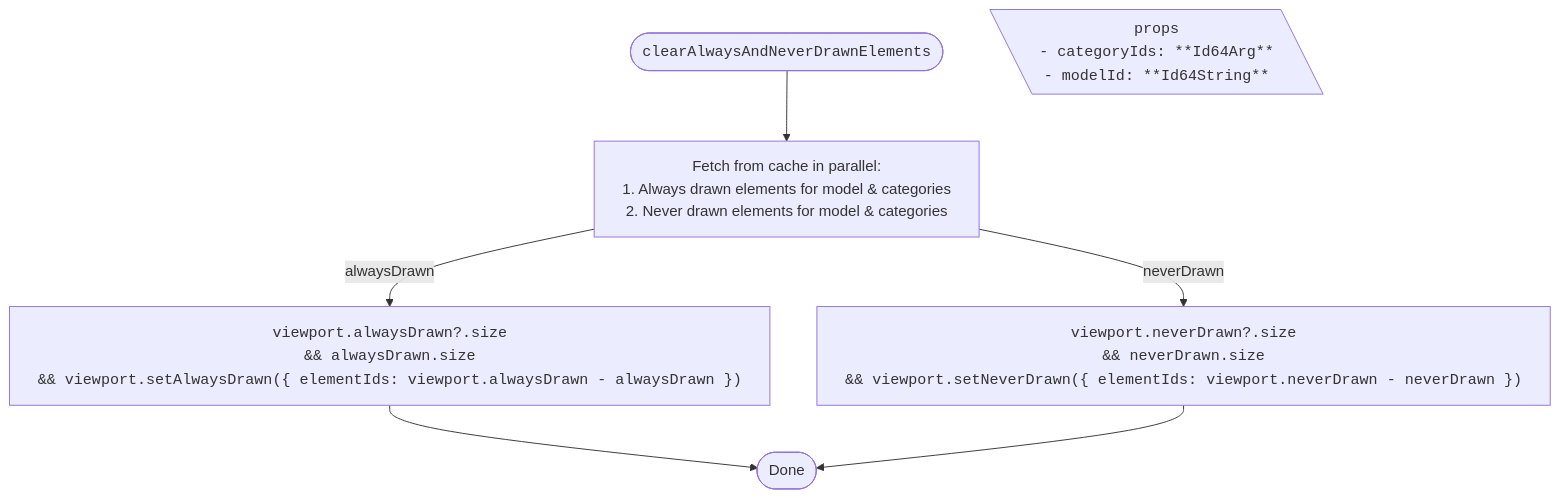
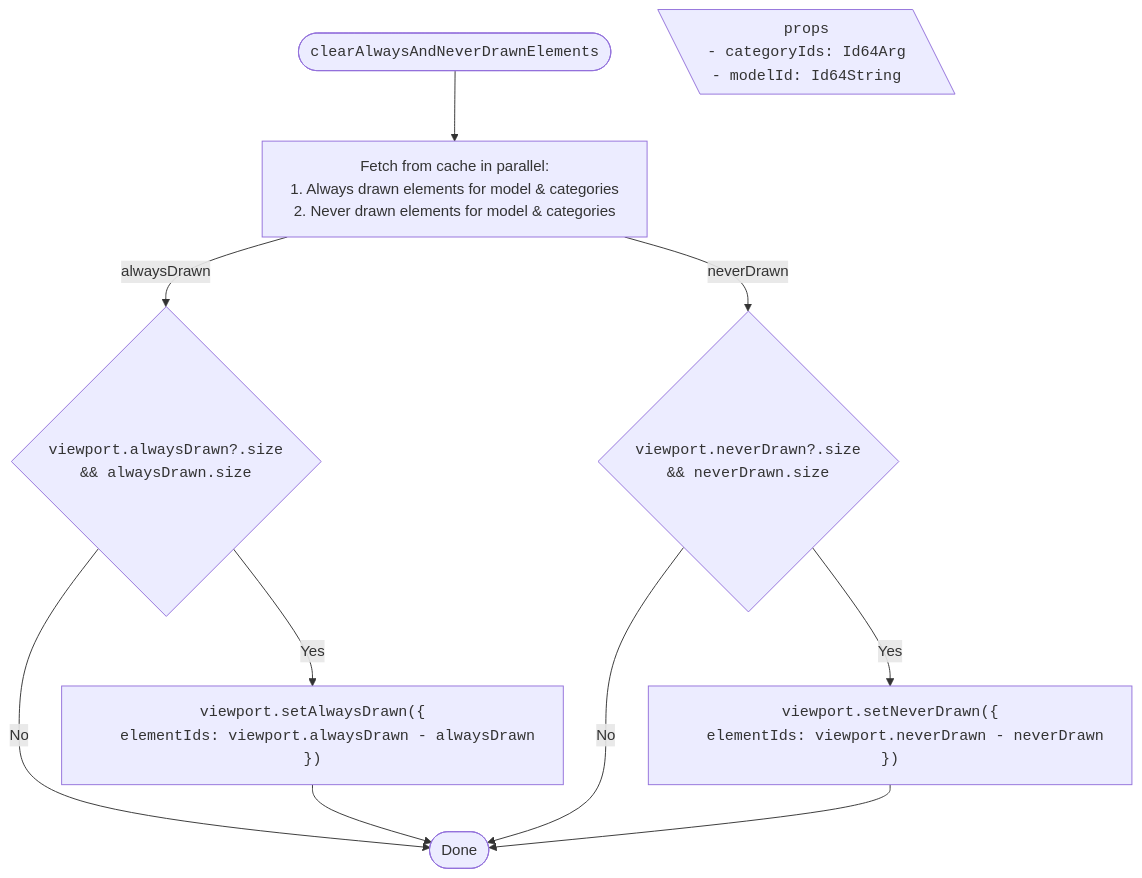
Diagram 14 of 14 in packages/itwin/tree-widget/docs/SharedVisibilityHandling.md (iTwin/viewer-components-react), drawn with Mermaid before and after one commit. The commit also changed other lines of this file and 4 other files, not shown here.

````diff
--- a/packages/itwin/tree-widget/docs/SharedVisibilityHandling.md
+++ b/packages/itwin/tree-widget/docs/SharedVisibilityHandling.md
@@ -789,26 +881,33 @@
 ```mermaid
 ---
 config:
   flowchart:
     wrappingWidth: 750
     useMaxWidth: false
 ---
 
 flowchart TD
   RESULT_Done([Done])
 
   %% Start
   TITLE(["<code>clearAlwaysAndNeverDrawnElements</code>"]) --> A["Fetch from cache in parallel:<br/>1. Always drawn elements for model & categories <br/>2. Never drawn elements for model & categories"]
 
   PROPS[\"
     <code>props</code>
-    <code style='text-align: left;'>- categoryIds: **Id64Arg**<br/> - modelId: **Id64String**</code>
+    <code style='text-align: left;'>- categoryIds: Id64Arg<br/> - modelId: Id64String</code>
   "\]
 
-  A -- "alwaysDrawn" --> B1["<code>viewport.alwaysDrawn?.size<br/> && alwaysDrawn.size <br/> && viewport.setAlwaysDrawn({ elementIds: viewport.alwaysDrawn - alwaysDrawn })</code>"]
+  A -- "alwaysDrawn" --> B1{"<code>viewport.alwaysDrawn?.size<br/> && alwaysDrawn.size </code>"}
+  B1 -- Yes --> B2["<code style='text-align: left;'>viewport.setAlwaysDrawn({
+    <code style='padding-left: 2rem'>elementIds: viewport.alwaysDrawn - alwaysDrawn</code>
+  })</code>"]
+  B1 -- No --> RESULT_Done
+  B2 --> RESULT_Done
 
-  A -- "neverDrawn" --> B2["<code>viewport.neverDrawn?.size<br/> && neverDrawn.size <br/> && viewport.setNeverDrawn({ elementIds: viewport.neverDrawn - neverDrawn })</code>"]
-
-  B1 --> RESULT_Done
-  B2 --> RESULT_Done
+  A -- "neverDrawn" --> C1{"<code>viewport.neverDrawn?.size<br/> && neverDrawn.size </code>"}
+  C1 -- Yes --> C2["<code style='text-align: left;'>viewport.setNeverDrawn({
+    <code style='padding-left: 2rem'>elementIds: viewport.neverDrawn - neverDrawn</code>
+  })</code>"]
+  C1 -- No --> RESULT_Done
+  C2 --> RESULT_Done
 ```
````
